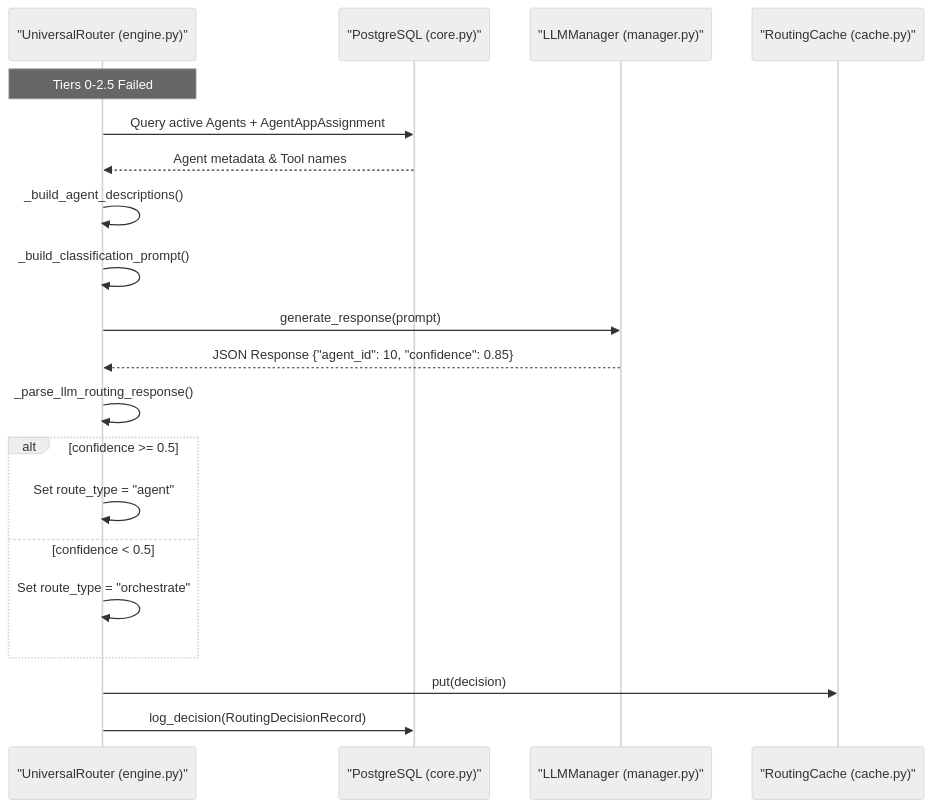
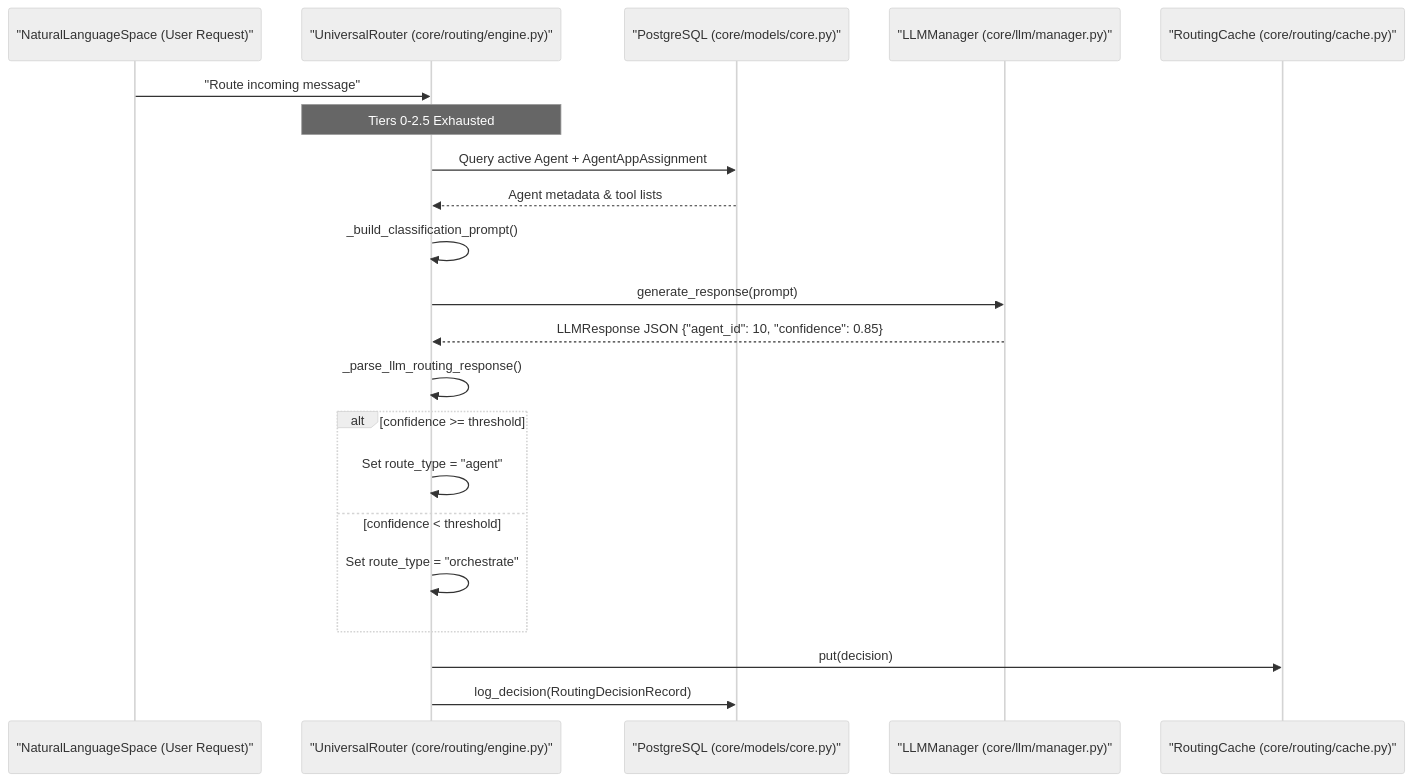
The first of 2 diagrams in docs/universal-router/tier-3-llm-classification.md (AutomatosAI/automatos-ai), drawn with Mermaid (neutral theme) before and after one commit. The commit also changed other lines of this file and 191 other files, not shown here.

````diff
--- a/docs/universal-router/tier-3-llm-classification.md
+++ b/docs/universal-router/tier-3-llm-classification.md
@@ -56,28 +57,28 @@
 ```mermaid
 sequenceDiagram
-    participant UR as "UniversalRouter (engine.py)"
-    participant DB as "PostgreSQL (core.py)"
-    participant LM as "LLMManager (manager.py)"
-    participant RC as "RoutingCache (cache.py)"
+    participant NL as "NaturalLanguageSpace (User Request)"
+    participant UR as "UniversalRouter (core/routing/engine.py)"
+    participant DB as "PostgreSQL (core/models/core.py)"
+    participant LM as "LLMManager (core/llm/manager.py)"
+    participant RC as "RoutingCache (core/routing/cache.py)"
 
-    Note over UR: Tiers 0-2.5 Failed
-    UR->>DB: Query active Agents + AgentAppAssignment
-    DB-->>UR: Agent metadata & Tool names
+    NL->>UR: "Route incoming message"
+    Note over UR: Tiers 0-2.5 Exhausted
+    UR->>DB: Query active Agent + AgentAppAssignment
+    DB-->>UR: Agent metadata & tool lists
     
-    UR->>UR: _build_agent_descriptions()
     UR->>UR: _build_classification_prompt()
-    
     UR->>LM: generate_response(prompt)
-    LM-->>UR: JSON Response {"agent_id": 10, "confidence": 0.85}
+    LM-->>UR: LLMResponse JSON {"agent_id": 10, "confidence": 0.85}
     
     UR->>UR: _parse_llm_routing_response()
     
-    alt confidence >= 0.5
+    alt confidence >= threshold
         UR->>UR: Set route_type = "agent"
-    else confidence < 0.5
+    else confidence < threshold
         UR->>UR: Set route_type = "orchestrate"
     end
 
     UR->>RC: put(decision)
     UR->>DB: log_decision(RoutingDecisionRecord)
 ```
````
